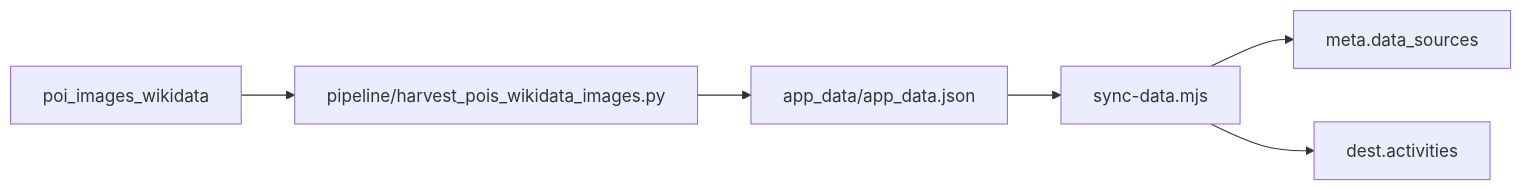
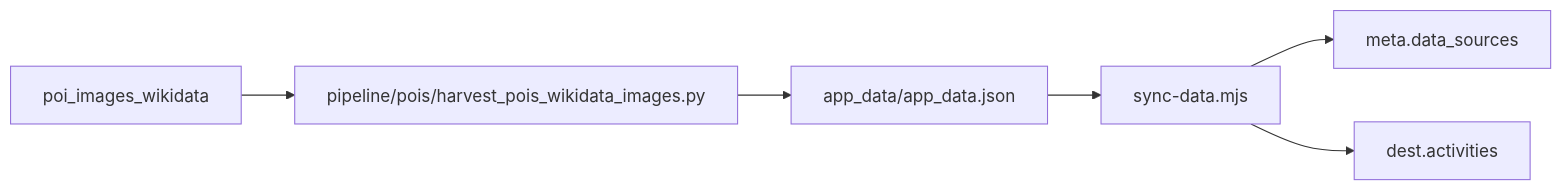
One commit to basvn123/carta-travel-app changed diagram 30 of 46 in docs/architecture/lineage.md. Above: the diagram before and after it, drawn with Mermaid. The commit also changed other lines of this file and 23 other files, not shown here.

First line of the commit message:
T1207: group the POI harvest and clean-up scripts in pipeline/pois/

````diff
--- a/docs/architecture/lineage.md
+++ b/docs/architecture/lineage.md
@@ -655,14 +655,14 @@
 ```mermaid
 flowchart LR
   T_poi_images_wikidata["poi_images_wikidata"]
-  C0["pipeline/harvest_pois_wikidata_images.py"]
+  C0["pipeline/pois/harvest_pois_wikidata_images.py"]
   T_poi_images_wikidata --> C0
   M["app_data/app_data.json"]
   C0 --> M
   S["sync-data.mjs"]
   M --> S
   F0["meta.data_sources"]
   S --> F0
   F1["dest.activities"]
   S --> F1
 ```
````
